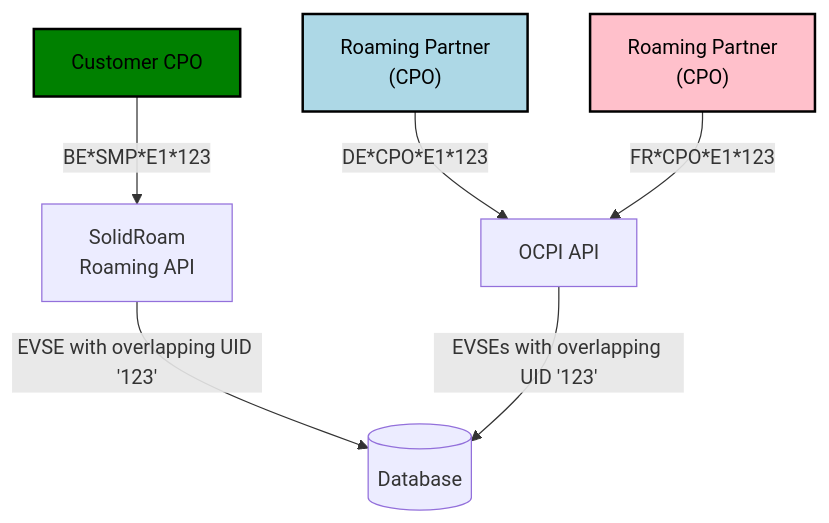
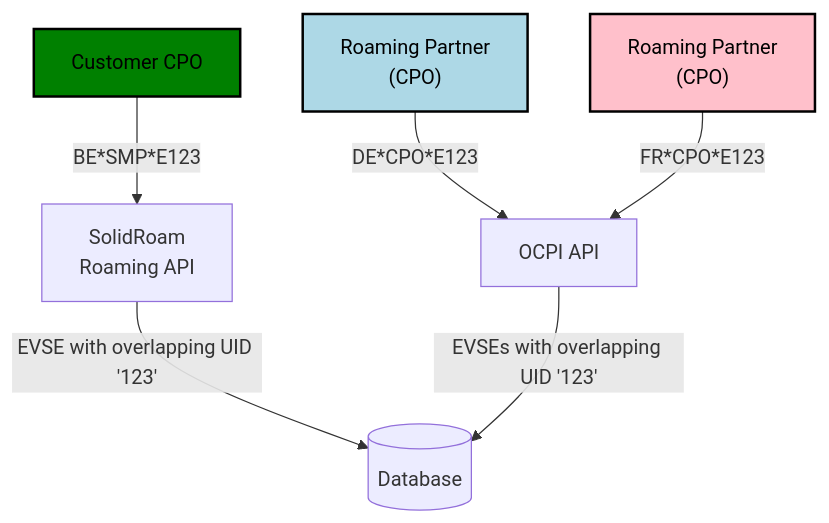
Before and after one commit to erkkiat/ocpi: the third of 3 diagrams in documentation/evses.md, drawn with Mermaid. The commit also changed other lines of this file, not shown here.

Commit message:
Documentation

````diff
--- a/documentation/evses.md
+++ b/documentation/evses.md
@@ -58,11 +63,11 @@
 ```mermaid
 graph TD
-    CC[Customer CPO] -- BE*SMP*E1*123 --> API[SolidRoam <br/> Roaming API]
+    CC[Customer CPO] -- BE*SMP*E123 --> API[SolidRoam <br/> Roaming API]
     API -- "EVSE with overlapping UID '123'" --> DB[(Database)]
-    CPO1["Roaming Partner <br/> (CPO)"] -- DE*CPO*E1*123 --> OCPI[OCPI API] -- "EVSEs with overlapping UID '123'" --> DB
-    CPO2["Roaming Partner <br/> (CPO)"] -- FR*CPO*E1*123 --> OCPI[OCPI API]
+    CPO1["Roaming Partner <br/> (CPO)"] -- DE*CPO*E123 --> OCPI[OCPI API] -- "EVSEs with overlapping UID '123'" --> DB
+    CPO2["Roaming Partner <br/> (CPO)"] -- FR*CPO*E123 --> OCPI[OCPI API]
     
     style CPO1 fill:lightblue,stroke:black,stroke-width:2px,color:black
     style CPO2 fill:pink,stroke:black,stroke-width:2px,color:black
     style CC fill:green,stroke:black,stroke-width:2px,color:black
 ```
````
